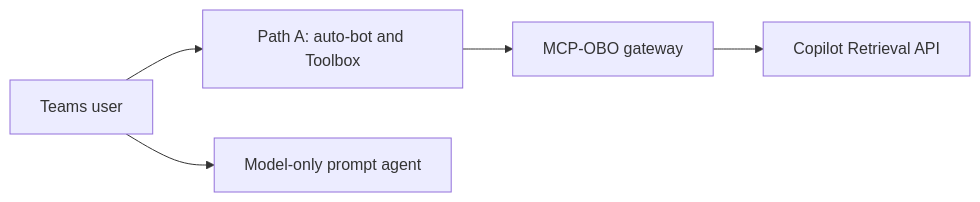
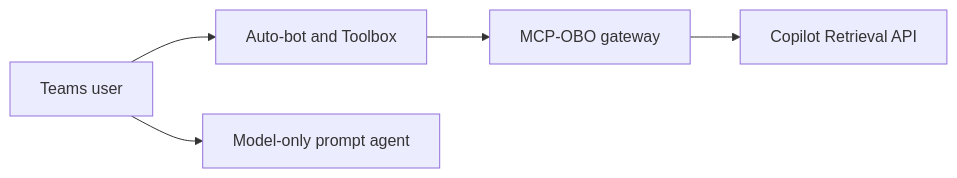
Before and after one commit to Heenanl/Foundry_EnterpriseAgents: the third of 3 diagrams in guides/agent-tool-support-matrix.md, drawn with Mermaid. The commit also changed other lines of this file and 33 other files, not shown here.

````diff
--- a/guides/agent-tool-support-matrix.md
+++ b/guides/agent-tool-support-matrix.md
@@ -34,7 +34,7 @@
 ```mermaid
 flowchart LR
-U[Teams user] --> A[Path A: auto-bot and Toolbox]
+U[Teams user] --> A[Auto-bot and Toolbox]
 A --> G[MCP-OBO gateway]
 G --> R[Copilot Retrieval API]
 U --> M[Model-only prompt agent]
 ```
````
